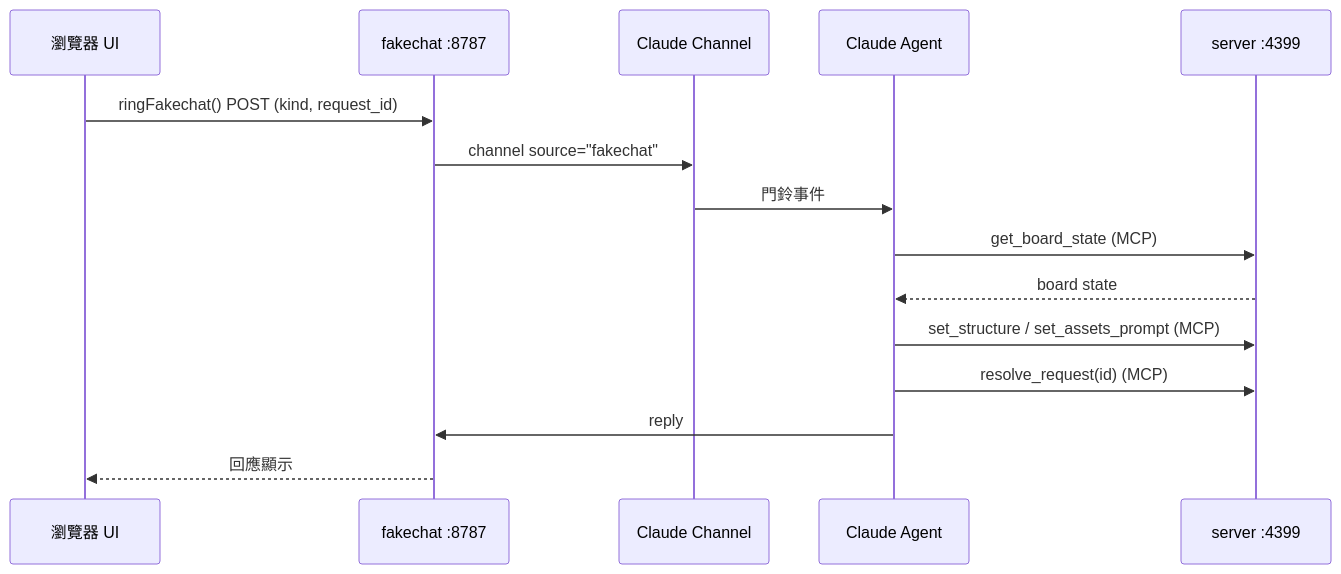
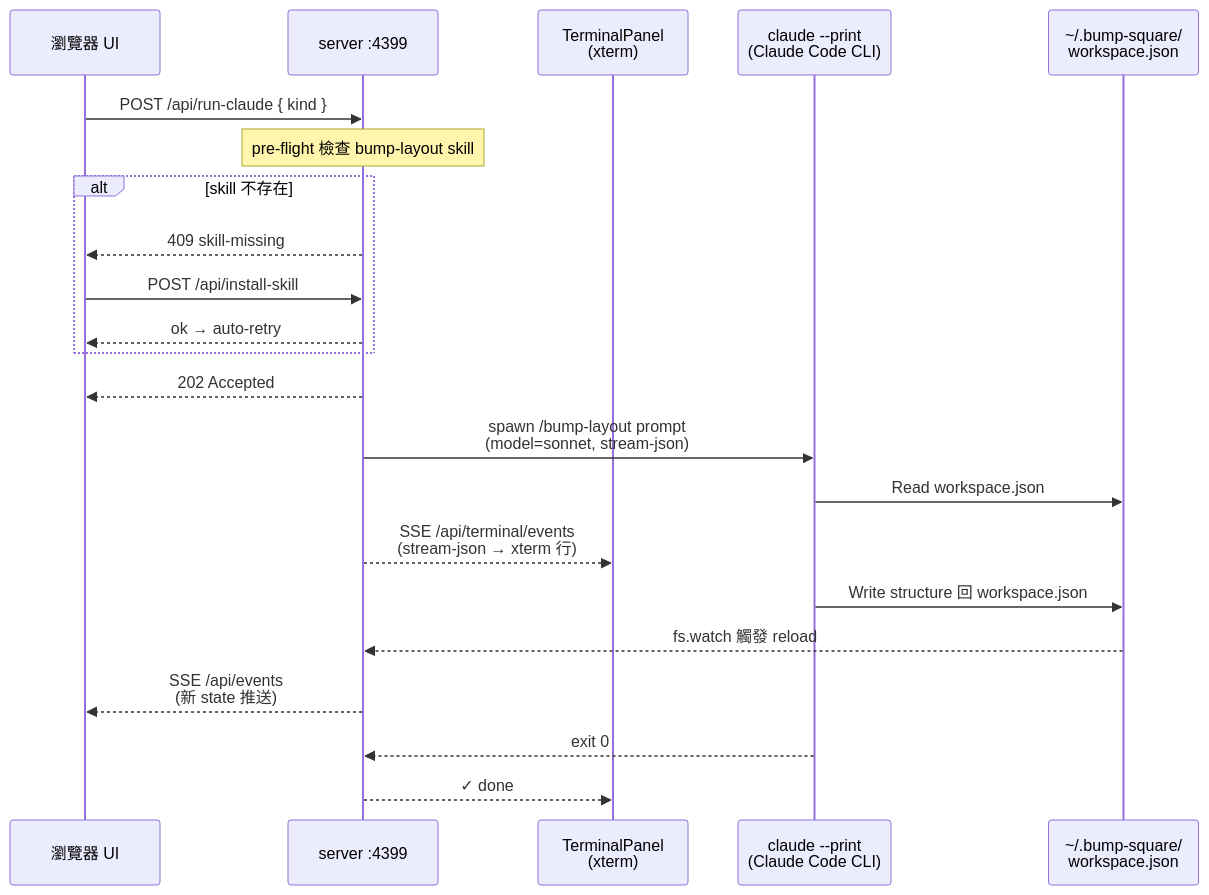
One commit to silencechung/bump-square changed the second of 3 diagrams in README.md. Above: the diagram before and after it, drawn with Mermaid. The commit also changed other lines of this file and 5 other files, not shown here.

First line of the commit message:
Update docs for claude --print + xterm panel architecture

````diff
--- a/README.md
+++ b/README.md
@@ -74,18 +67,25 @@
 ```mermaid
 sequenceDiagram
     participant UI as 瀏覽器 UI
-    participant FC as fakechat :8787
-    participant Ch as Claude Channel
-    participant Agent as Claude Agent
     participant Srv as server :4399
+    participant Term as TerminalPanel<br/>(xterm)
+    participant CC as claude --print<br/>(Claude Code CLI)
+    participant FS as ~/.bump-square/<br/>workspace.json
 
-    UI->>FC: ringFakechat() POST (kind, request_id)
-    FC->>Ch: channel source="fakechat"
-    Ch->>Agent: 門鈴事件
-    Agent->>Srv: get_board_state (MCP)
-    Srv-->>Agent: board state
-    Agent->>Srv: set_structure / set_assets_prompt (MCP)
-    Agent->>Srv: resolve_request(id) (MCP)
-    Agent->>FC: reply
-    FC-->>UI: 回應顯示
+    UI->>Srv: POST /api/run-claude { kind }
+    Note over Srv: pre-flight 檢查 bump-layout skill
+    alt skill 不存在
+        Srv-->>UI: 409 skill-missing
+        UI->>Srv: POST /api/install-skill
+        Srv-->>UI: ok → auto-retry
+    end
+    Srv-->>UI: 202 Accepted
+    Srv->>CC: spawn /bump-layout prompt<br/>(model=sonnet, stream-json)
+    CC->>FS: Read workspace.json
+    Srv-->>Term: SSE /api/terminal/events<br/>(stream-json → xterm 行)
+    CC->>FS: Write structure 回 workspace.json
+    FS-->>Srv: fs.watch 觸發 reload
+    Srv-->>UI: SSE /api/events<br/>(新 state 推送)
+    CC-->>Srv: exit 0
+    Srv-->>Term: ✓ done
 ```
````
